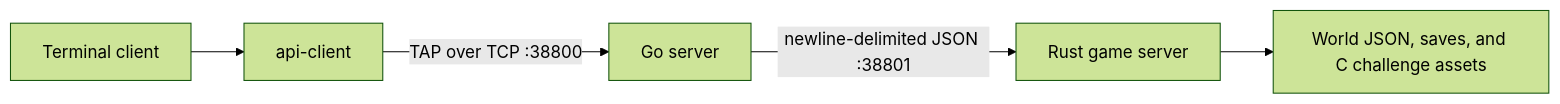
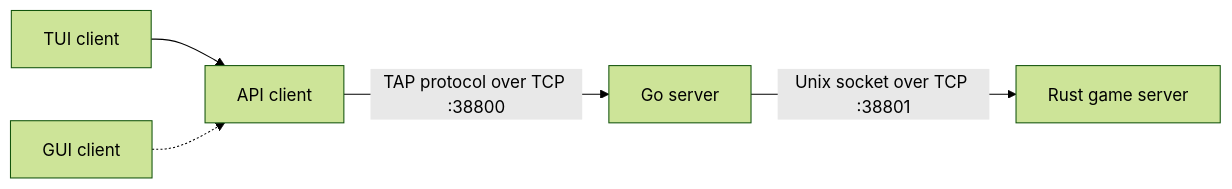
The first of 2 diagrams in README.md (leonardecavele/the_answer_protocol), drawn with Mermaid (forest theme) before and after one commit. The commit also changed other lines of this file and 3 other files, not shown here.

````diff
--- a/README.md
+++ b/README.md
@@ -13,7 +45,7 @@
 ```mermaid
 flowchart LR
-    TUI[Terminal client] --> API[api-client]
-    API -->|TAP over TCP :38800| GO[Go server]
-    GO -->|newline-delimited JSON :38801| RUST[Rust game server]
-    RUST --> DATA[World JSON, saves, and C challenge assets]
+    TUI[TUI client] --> API[API client]
+    GUI[GUI client] -.-> API
+    API -->|TAP protocol over TCP :38800| GO[Go server]
+    GO -->|Unix socket over TCP :38801| RUST[Rust game server]
 ```
````
